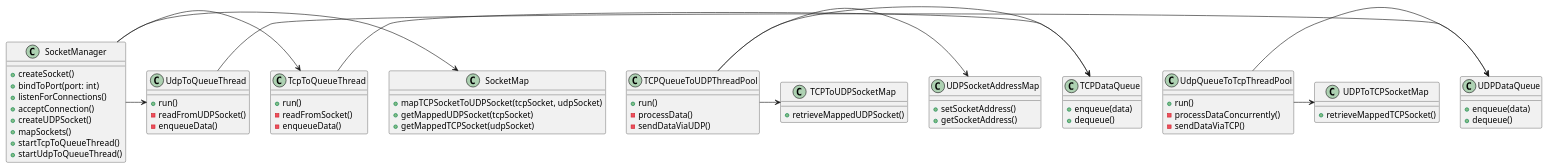
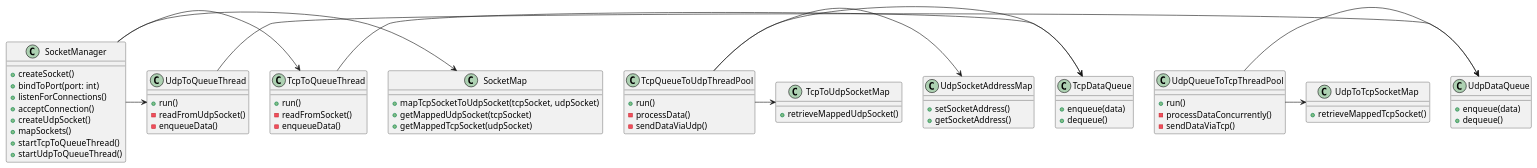
One commit to xiguichen/tcpudp changed the sixth of 6 diagrams in doc/server.md. Above: the diagram before and after it, drawn with PlantUML. The commit also changed other lines of this file and 17 other files, not shown here.

```diff
--- a/doc/server.md
+++ b/doc/server.md
@@ -116,78 +116,78 @@
 @startuml
 
 class SocketManager {
     +createSocket()
     +bindToPort(port: int)
     +listenForConnections()
     +acceptConnection()
-    +createUDPSocket()
+    +createUdpSocket()
     +mapSockets()
     +startTcpToQueueThread()
     +startUdpToQueueThread()
 }
 
 class SocketMap {
-    +mapTCPSocketToUDPSocket(tcpSocket, udpSocket)
-    +getMappedUDPSocket(tcpSocket)
-    +getMappedTCPSocket(udpSocket)
+    +mapTcpSocketToUdpSocket(tcpSocket, udpSocket)
+    +getMappedUdpSocket(tcpSocket)
+    +getMappedTcpSocket(udpSocket)
 }
 
 class TcpToQueueThread {
     +run()
     -readFromSocket()
     -enqueueData()
 }
 
 class UdpToQueueThread {
     +run()
-    -readFromUDPSocket()
+    -readFromUdpSocket()
     -enqueueData()
 }
 
-class TCPQueueToUDPThreadPool {
+class TcpQueueToUdpThreadPool {
     +run()
     -processData()
-    -sendDataViaUDP()
+    -sendDataViaUdp()
 }
 
 class UdpQueueToTcpThreadPool {
     +run()
     -processDataConcurrently()
-    -sendDataViaTCP()
+    -sendDataViaTcp()
 }
 
-class TCPDataQueue {
+class TcpDataQueue {
     +enqueue(data)
     +dequeue()
 }
 
-class UDPDataQueue {
+class UdpDataQueue {
     +enqueue(data)
     +dequeue()
 }
 
-class UDPSocketAddressMap {
+class UdpSocketAddressMap {
     +setSocketAddress()
     +getSocketAddress()
 }
 
-class TCPToUDPSocketMap {
-    +retrieveMappedUDPSocket()
+class TcpToUdpSocketMap {
+    +retrieveMappedUdpSocket()
 }
 
-class UDPToTCPSocketMap {
-    +retrieveMappedTCPSocket()
+class UdpToTcpSocketMap {
+    +retrieveMappedTcpSocket()
 }
 
 SocketManager -> SocketMap
 SocketManager -> TcpToQueueThread
 SocketManager -> UdpToQueueThread
-TcpToQueueThread -> TCPDataQueue
-UdpToQueueThread -> UDPDataQueue
-TCPQueueToUDPThreadPool -> TCPDataQueue
-TCPQueueToUDPThreadPool -> UDPSocketAddressMap
-TCPQueueToUDPThreadPool -> TCPToUDPSocketMap
-UdpQueueToTcpThreadPool -> UDPDataQueue
-UdpQueueToTcpThreadPool -> UDPToTCPSocketMap
+TcpToQueueThread -> TcpDataQueue
+UdpToQueueThread -> UdpDataQueue
+TcpQueueToUdpThreadPool -> TcpDataQueue
+TcpQueueToUdpThreadPool -> UdpSocketAddressMap
+TcpQueueToUdpThreadPool -> TcpToUdpSocketMap
+UdpQueueToTcpThreadPool -> UdpDataQueue
+UdpQueueToTcpThreadPool -> UdpToTcpSocketMap
 
 @enduml
```
